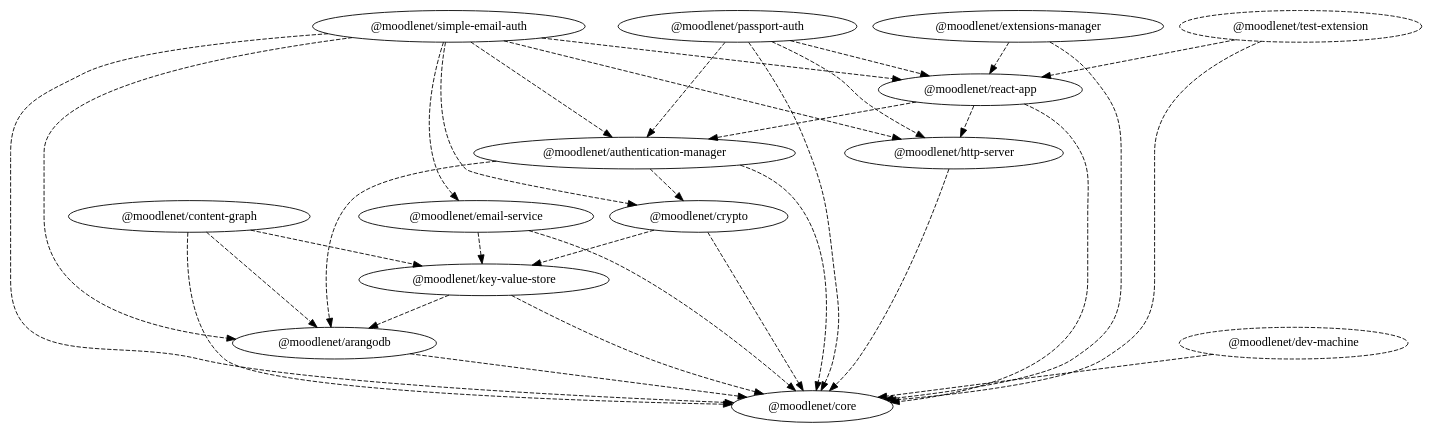
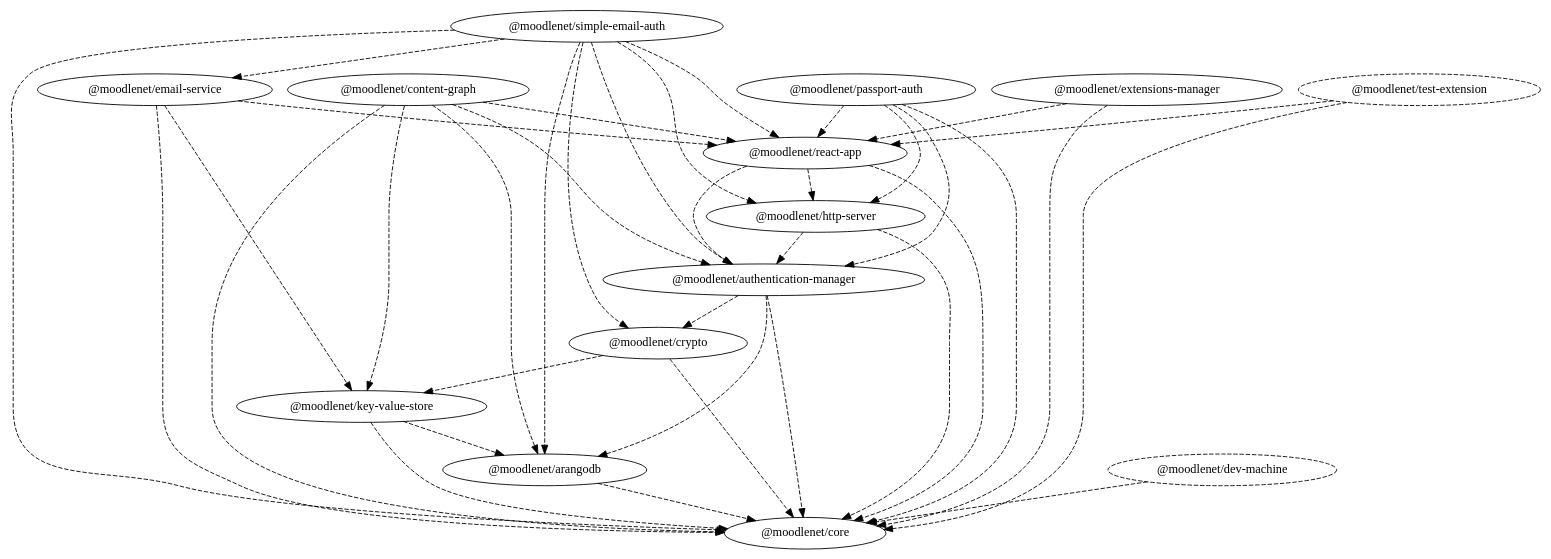
Before and after one commit to moodle/moodlenet: the diagram in dependency-graph.dot, drawn with Graphviz. The commit also changed 22 other files, not shown here.

First line of the commit message:
react app stores session-token in a cookie cookie name defined in @moodlenet/http-server @moodlenet/http-server uses AuthManager to get ClientSession if cookie is set sets  ClientSession in HTTP.Request and in message.meta msg.meta should be R/W by some AuthMng set/get util exported in lib

```diff
--- a/dependency-graph.dot
+++ b/dependency-graph.dot
@@ -1,49 +1,53 @@
 digraph G {
   "@moodlenet/arangodb";
   "@moodlenet/core";
   "@moodlenet/authentication-manager";
   "@moodlenet/crypto";
   "@moodlenet/content-graph";
+  "@moodlenet/react-app";
   "@moodlenet/key-value-store";
   "@moodlenet/dev-machine" [ style = "dashed" ];
   "@moodlenet/email-service";
   "@moodlenet/extensions-manager";
-  "@moodlenet/react-app";
   "@moodlenet/http-server";
   "@moodlenet/passport-auth";
   "@moodlenet/simple-email-auth";
   "@moodlenet/test-extension" [ style = "dashed" ];
   "@moodlenet/arangodb" -> "@moodlenet/core" [ style = "dashed" ];
   "@moodlenet/authentication-manager" -> "@moodlenet/arangodb" [ style = "dashed" ];
   "@moodlenet/authentication-manager" -> "@moodlenet/core" [ style = "dashed" ];
   "@moodlenet/authentication-manager" -> "@moodlenet/crypto" [ style = "dashed" ];
   "@moodlenet/content-graph" -> "@moodlenet/arangodb" [ style = "dashed" ];
+  "@moodlenet/content-graph" -> "@moodlenet/authentication-manager" [ style = "dashed" ];
   "@moodlenet/content-graph" -> "@moodlenet/core" [ style = "dashed" ];
+  "@moodlenet/content-graph" -> "@moodlenet/react-app" [ style = "dashed" ];
   "@moodlenet/content-graph" -> "@moodlenet/key-value-store" [ style = "dashed" ];
   "@moodlenet/crypto" -> "@moodlenet/core" [ style = "dashed" ];
   "@moodlenet/crypto" -> "@moodlenet/key-value-store" [ style = "dashed" ];
   "@moodlenet/dev-machine" -> "@moodlenet/core" [ style = "dashed" ];
   "@moodlenet/email-service" -> "@moodlenet/core" [ style = "dashed" ];
   "@moodlenet/email-service" -> "@moodlenet/key-value-store" [ style = "dashed" ];
+  "@moodlenet/email-service" -> "@moodlenet/react-app" [ style = "dashed" ];
   "@moodlenet/extensions-manager" -> "@moodlenet/core" [ style = "dashed" ];
   "@moodlenet/extensions-manager" -> "@moodlenet/react-app" [ style = "dashed" ];
+  "@moodlenet/http-server" -> "@moodlenet/authentication-manager" [ style = "dashed" ];
   "@moodlenet/http-server" -> "@moodlenet/core" [ style = "dashed" ];
   "@moodlenet/key-value-store" -> "@moodlenet/arangodb" [ style = "dashed" ];
   "@moodlenet/key-value-store" -> "@moodlenet/core" [ style = "dashed" ];
   "@moodlenet/passport-auth" -> "@moodlenet/authentication-manager" [ style = "dashed" ];
   "@moodlenet/passport-auth" -> "@moodlenet/core" [ style = "dashed" ];
   "@moodlenet/passport-auth" -> "@moodlenet/http-server" [ style = "dashed" ];
   "@moodlenet/passport-auth" -> "@moodlenet/react-app" [ style = "dashed" ];
   "@moodlenet/react-app" -> "@moodlenet/authentication-manager" [ style = "dashed" ];
   "@moodlenet/react-app" -> "@moodlenet/core" [ style = "dashed" ];
   "@moodlenet/react-app" -> "@moodlenet/http-server" [ style = "dashed" ];
   "@moodlenet/simple-email-auth" -> "@moodlenet/arangodb" [ style = "dashed" ];
   "@moodlenet/simple-email-auth" -> "@moodlenet/authentication-manager" [ style = "dashed" ];
   "@moodlenet/simple-email-auth" -> "@moodlenet/core" [ style = "dashed" ];
   "@moodlenet/simple-email-auth" -> "@moodlenet/crypto" [ style = "dashed" ];
   "@moodlenet/simple-email-auth" -> "@moodlenet/email-service" [ style = "dashed" ];
   "@moodlenet/simple-email-auth" -> "@moodlenet/http-server" [ style = "dashed" ];
   "@moodlenet/simple-email-auth" -> "@moodlenet/react-app" [ style = "dashed" ];
   "@moodlenet/test-extension" -> "@moodlenet/core" [ style = "dashed" ];
   "@moodlenet/test-extension" -> "@moodlenet/react-app" [ style = "dashed" ];
 }
```
